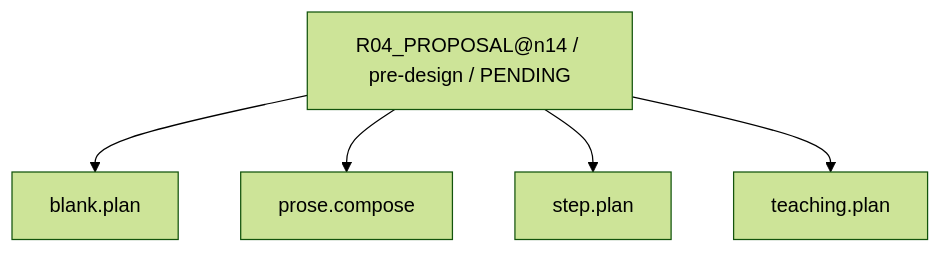
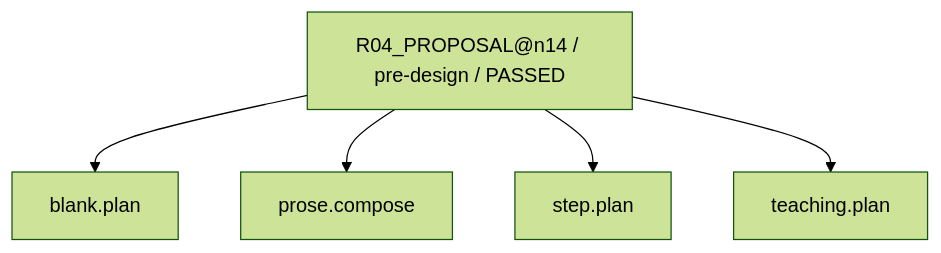
Diagram 13 of 28 in work/items/W-MATH-048-n1314-source-audit/generated/CAPABILITY_FIRE_DIAGRAM.md (rrikunagasige-dot/kyotsu-step-web), drawn with Mermaid (forest theme) before and after one commit. The commit also changed other lines of this file and 471 other files, not shown here.

````diff
--- a/work/items/W-MATH-048-n1314-source-audit/generated/CAPABILITY_FIRE_DIAGRAM.md
+++ b/work/items/W-MATH-048-n1314-source-audit/generated/CAPABILITY_FIRE_DIAGRAM.md
@@ -199,12 +199,12 @@
 ```mermaid
 flowchart TD
-  N0["R04_PROPOSAL@n14 / pre-design / PENDING"]
+  N0["R04_PROPOSAL@n14 / pre-design / PASSED"]
   N1["teaching.plan"]
   N2["step.plan"]
   N3["blank.plan"]
   N4["prose.compose"]
   N0 --> N3
   N0 --> N4
   N0 --> N2
   N0 --> N1
 ```
````
